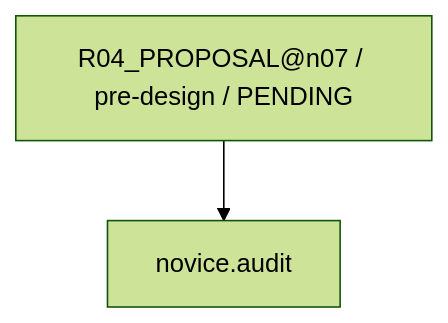
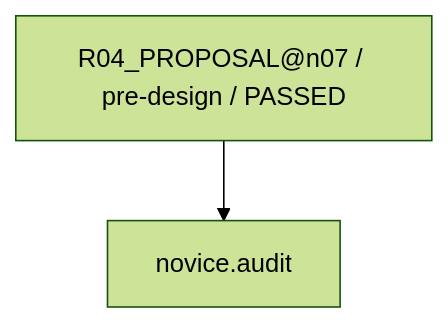
One commit to rrikunagasige-dot/kyotsu-step-web changed the sixth of 14 diagrams in work/items/W-MATH-032-n07-semantic-repair/generated/CAPABILITY_FIRE_DIAGRAM.md. Above: the diagram before and after it, drawn with Mermaid (forest theme). The commit also changed other lines of this file and 469 other files, not shown here.

````diff
--- a/work/items/W-MATH-032-n07-semantic-repair/generated/CAPABILITY_FIRE_DIAGRAM.md
+++ b/work/items/W-MATH-032-n07-semantic-repair/generated/CAPABILITY_FIRE_DIAGRAM.md
@@ -94,6 +94,6 @@
 ```mermaid
 flowchart TD
-  N0["R04_PROPOSAL@n07 / pre-design / PENDING"]
+  N0["R04_PROPOSAL@n07 / pre-design / PASSED"]
   N1["novice.audit"]
   N0 --> N1
 ```
````
